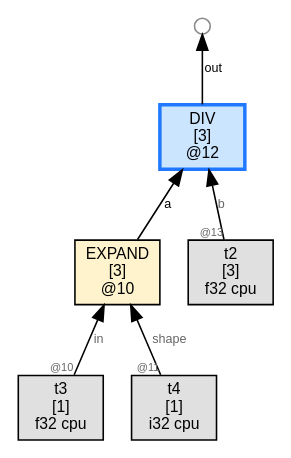
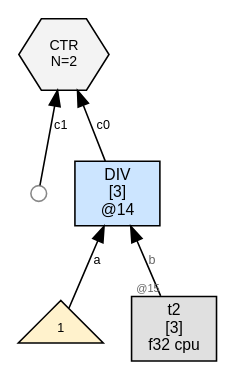
Before and after one commit to sw1sh/TinyHVM: the diagram in wl/examples/thvm_graphs/grad_rules/div/thvm_2_post_sweep.dot, drawn with Graphviz. The commit also changed 184 other files, not shown here.

First line of the commit message:
grad: NUM(1) seed; CTR consumer; STOP_AFTER_SWEEP; keep ADD intermediate

```diff
--- a/wl/examples/thvm_graphs/grad_rules/div/thvm_2_post_sweep.dot
+++ b/wl/examples/thvm_graphs/grad_rules/div/thvm_2_post_sweep.dot
@@ -1,17 +1,15 @@
 digraph G {
   rankdir=BT;
   node [fontname="Helvetica", fontsize=10, style=filled, shape=box, margin="0.1,0.05"];
   edge [fontsize=8, fontname="Helvetica"];
 
-  n12 [label="DIV\n[3]\n@12", shape=box, fillcolor="#cce5ff",color="#1f78ff",penwidth=2.2];
-  n10 -> n12 [label="a"];
+  n14 [label="DIV\n[3]\n@14", shape=box, fillcolor="#cce5ff"];
+  num14_0 [label="1",shape=triangle,fillcolor="#fff2cc",fontsize=8];
+  num14_0 -> n14 [label="a"];
   t2 [label="t2\n[3]\nf32 cpu",shape=box,fillcolor="#e0e0e0"];
-  t2 -> n12 [label="b",taillabel="@13",labelfontsize=7,fontcolor="#666666"];
-  free12_1000 [label="",shape=circle,width=0.14,height=0.14,fixedsize=true,fillcolor="#ffffff",color="#888888",fontsize=1];
-  n12 -> free12_1000 [label="out"];
-  n10 [label="EXPAND\n[3]\n@10", shape=box, fillcolor="#fff3cd"];
-  t3 [label="t3\n[1]\nf32 cpu",shape=box,fillcolor="#e0e0e0"];
-  t3 -> n10 [label="in",taillabel="@10",labelfontsize=7,fontcolor="#666666"];
-  t4 [label="t4\n[1]\ni32 cpu",shape=box,fillcolor="#e0e0e0"];
-  t4 -> n10 [label="shape",taillabel="@11",labelfontsize=7,fontcolor="#666666"];
+  t2 -> n14 [label="b",taillabel="@15",labelfontsize=7,fontcolor="#666666"];
+  ctr7 [label="CTR\nN=2", shape=hexagon, fillcolor="#f3f3f3", fontsize=9];
+  n14 -> ctr7 [label="c0"];
+  free7_1 [label="",shape=circle,width=0.14,height=0.14,fixedsize=true,fillcolor="#ffffff",color="#888888",fontsize=1];
+  free7_1 -> ctr7 [label="c1"];
 }
```
